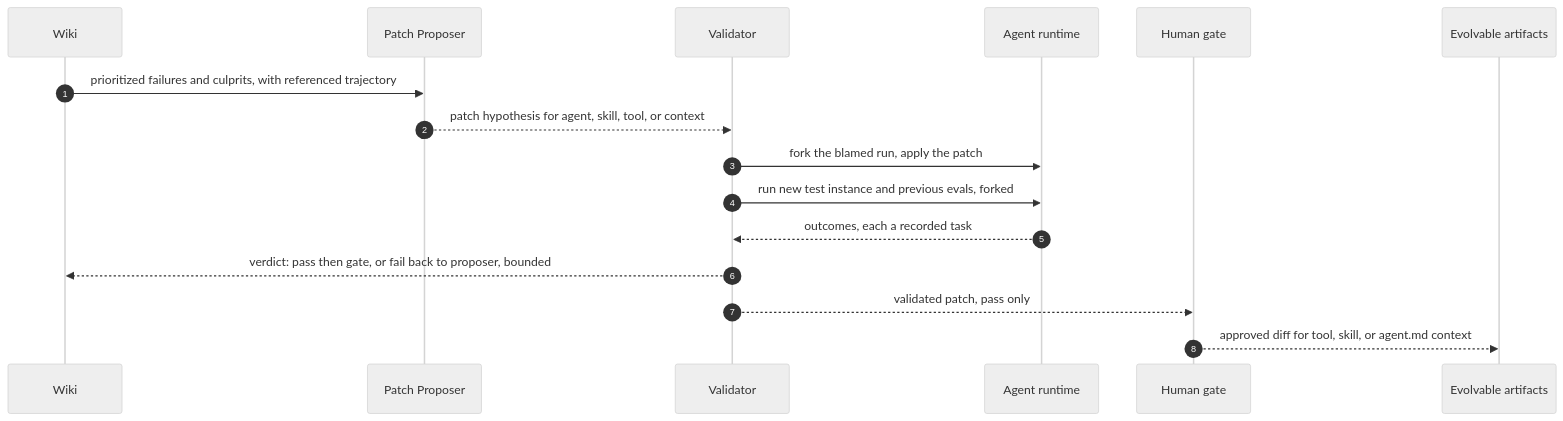
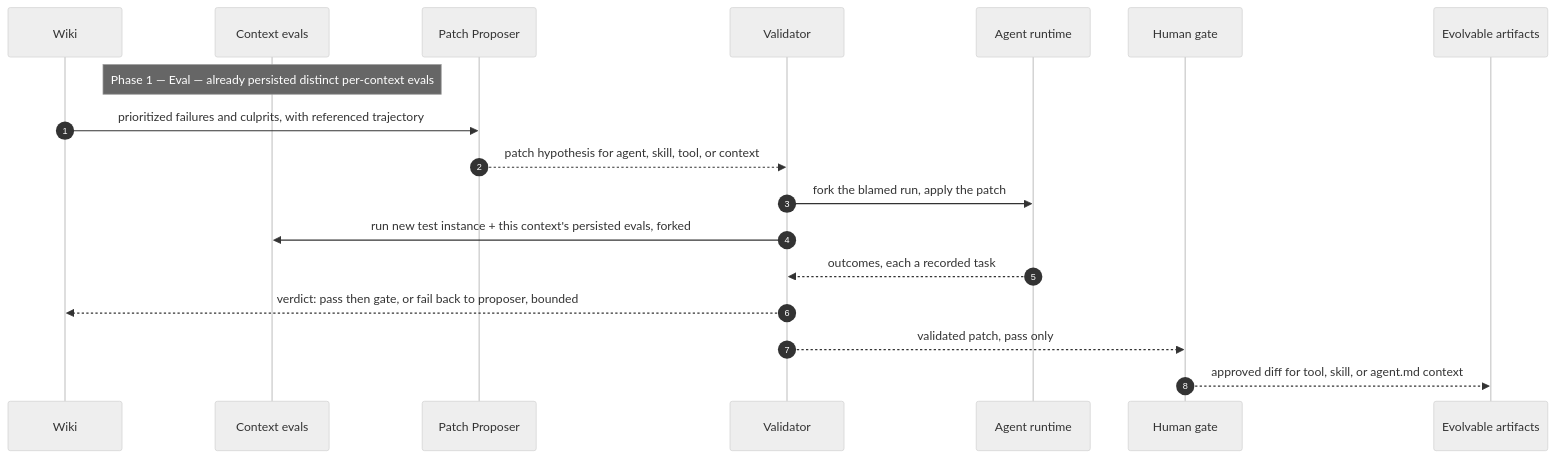
Before and after one commit to Ajaya1000/llmx: the fifth of 5 diagrams in docs/architecture/evolution-framework.md, drawn with Mermaid (neutral theme). The commit also changed other lines of this file and 73 other files, not shown here.

````diff
--- a/docs/architecture/evolution-framework.md
+++ b/docs/architecture/evolution-framework.md
@@ -213,19 +258,21 @@
 ```mermaid
 sequenceDiagram
     autonumber
     participant W as Wiki
+    participant ES as Context evals
     participant PP as Patch Proposer
     participant V as Validator
     participant R as Agent runtime
     participant H as Human gate
     participant A as Evolvable artifacts
 
+    Note over ES: Phase 1 — Eval — already persisted distinct per-context evals
     W->>PP: prioritized failures and culprits, with referenced trajectory
     PP-->>V: patch hypothesis for agent, skill, tool, or context
     V->>R: fork the blamed run, apply the patch
-    V->>R: run new test instance and previous evals, forked
+    V->>ES: run new test instance + this context's persisted evals, forked
     R-->>V: outcomes, each a recorded task
     V-->>W: verdict: pass then gate, or fail back to proposer, bounded
     V-->>H: validated patch, pass only
     H-->>A: approved diff for tool, skill, or agent.md context
 ```
````
